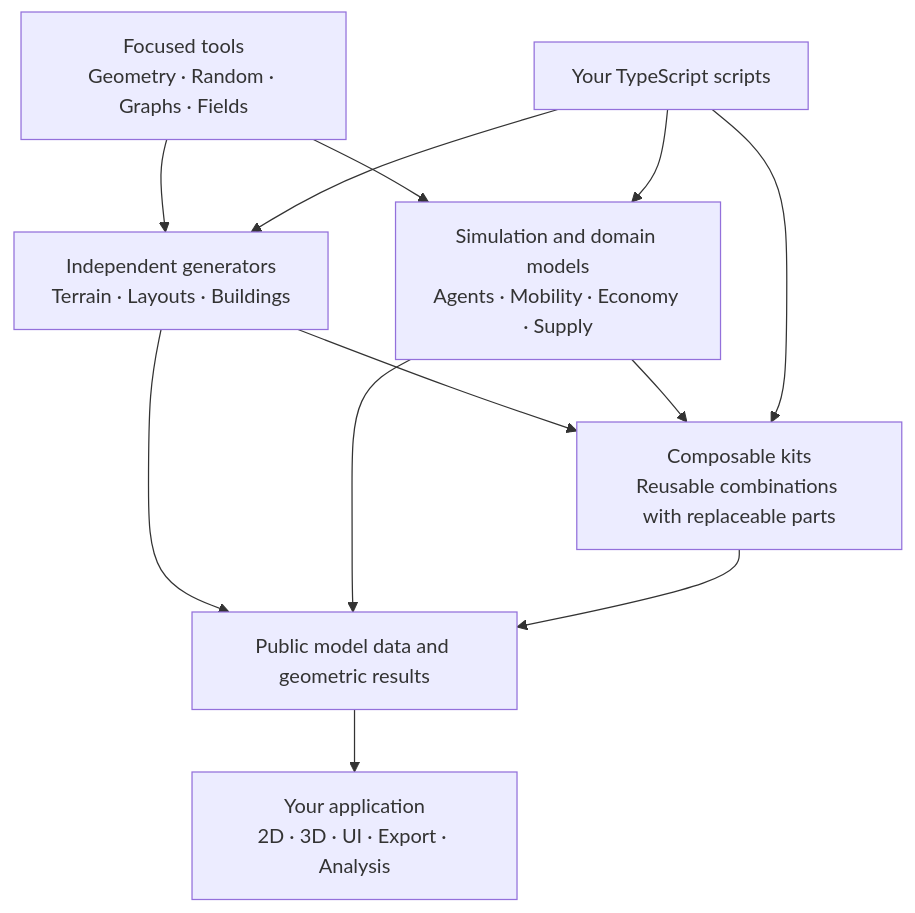
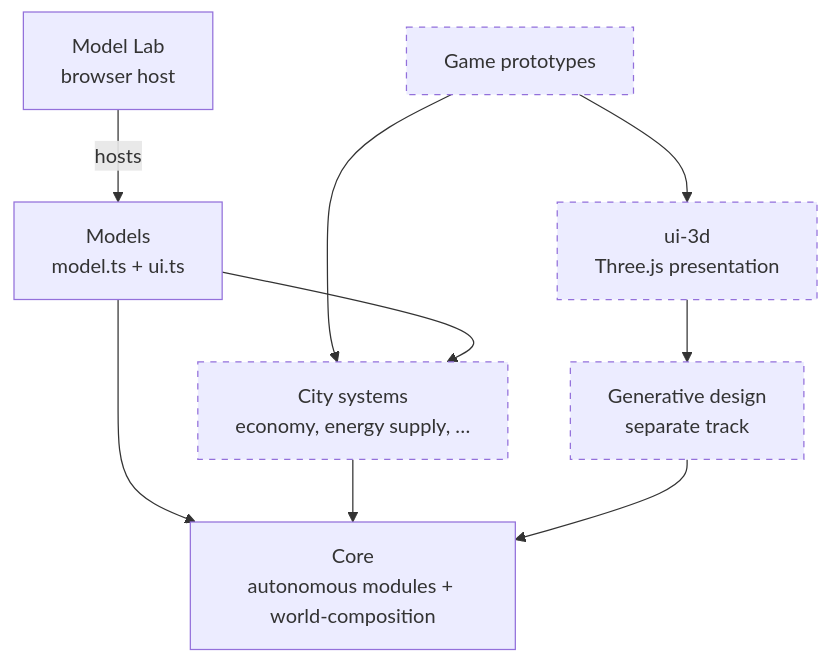
One commit to dweigend/city-library changed the diagram in README.md. Above: the diagram before and after it, drawn with Mermaid. The commit also changed other lines of this file, not shown here.

````diff
--- a/README.md
+++ b/README.md
@@ -43,22 +45,22 @@
 ```mermaid
 flowchart TD
-    Tools["Focused tools<br/>Geometry · Random · Graphs · Fields"]
-    Generators["Independent generators<br/>Terrain · Layouts · Buildings"]
-    Models["Simulation and domain models<br/>Agents · Mobility · Economy · Supply"]
-    Kits["Composable kits<br/>Reusable combinations with replaceable parts"]
-    Scripts["Your TypeScript scripts"]
-    Data["Public model data and geometric results"]
-    Apps["Your application<br/>2D · 3D · UI · Export · Analysis"]
+    Lab["Model Lab<br/>browser host"]
+    Games["Game prototypes"]
+    Models["Models<br/>model.ts + ui.ts"]
+    UI3D["ui-3d<br/>Three.js presentation"]
+    City["City systems<br/>economy, energy supply, …"]
+    Design["Generative design<br/>separate track"]
+    Core["Core<br/>autonomous modules + world-composition"]
 
-    Tools --> Generators
-    Tools --> Models
-    Generators --> Kits
-    Models --> Kits
-    Scripts --> Generators
-    Scripts --> Models
-    Scripts --> Kits
-    Generators --> Data
-    Models --> Data
-    Kits --> Data
-    Data --> Apps
+    Lab -->|hosts| Models
+    Games --> City
+    Games --> UI3D
+    UI3D --> Design
+    Models --> City
+    Models --> Core
+    City --> Core
+    Design --> Core
+
+    classDef later stroke-dasharray: 5 5
+    class Games,UI3D,City,Design later
 ```
````
